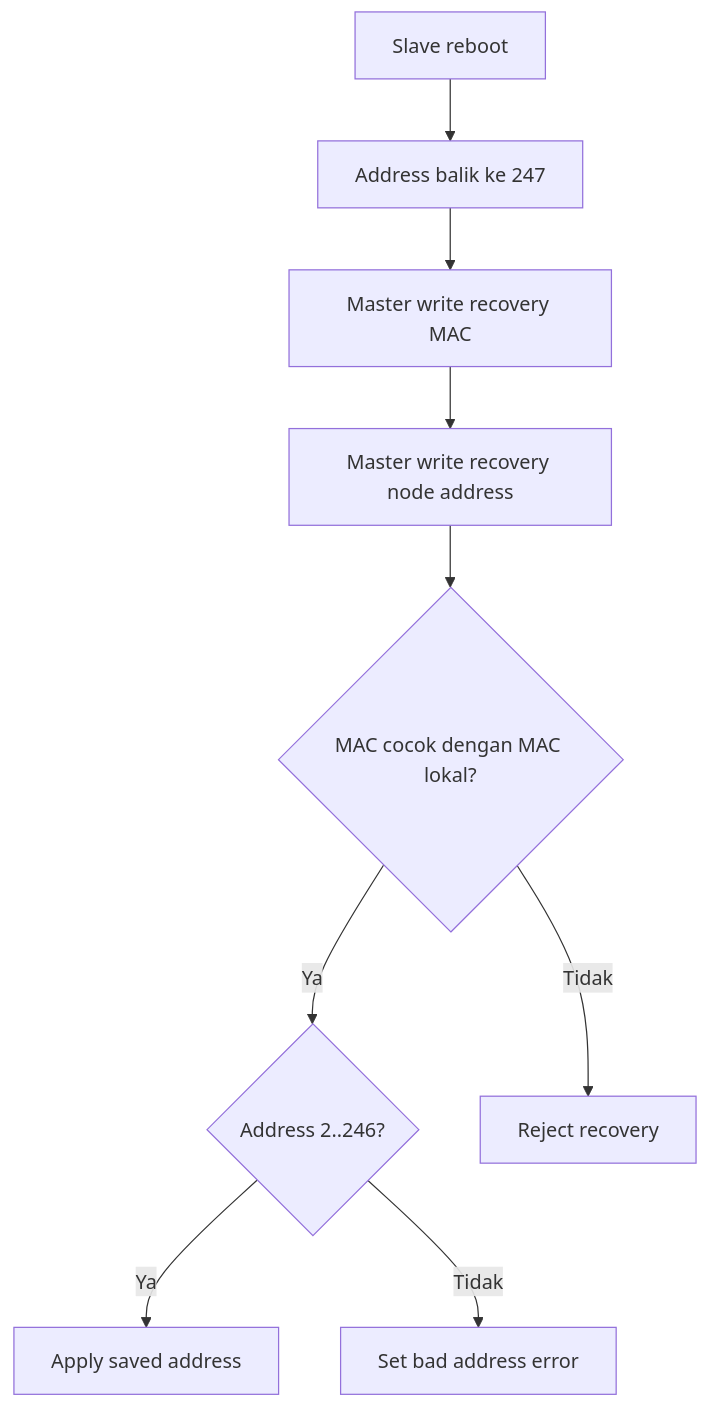
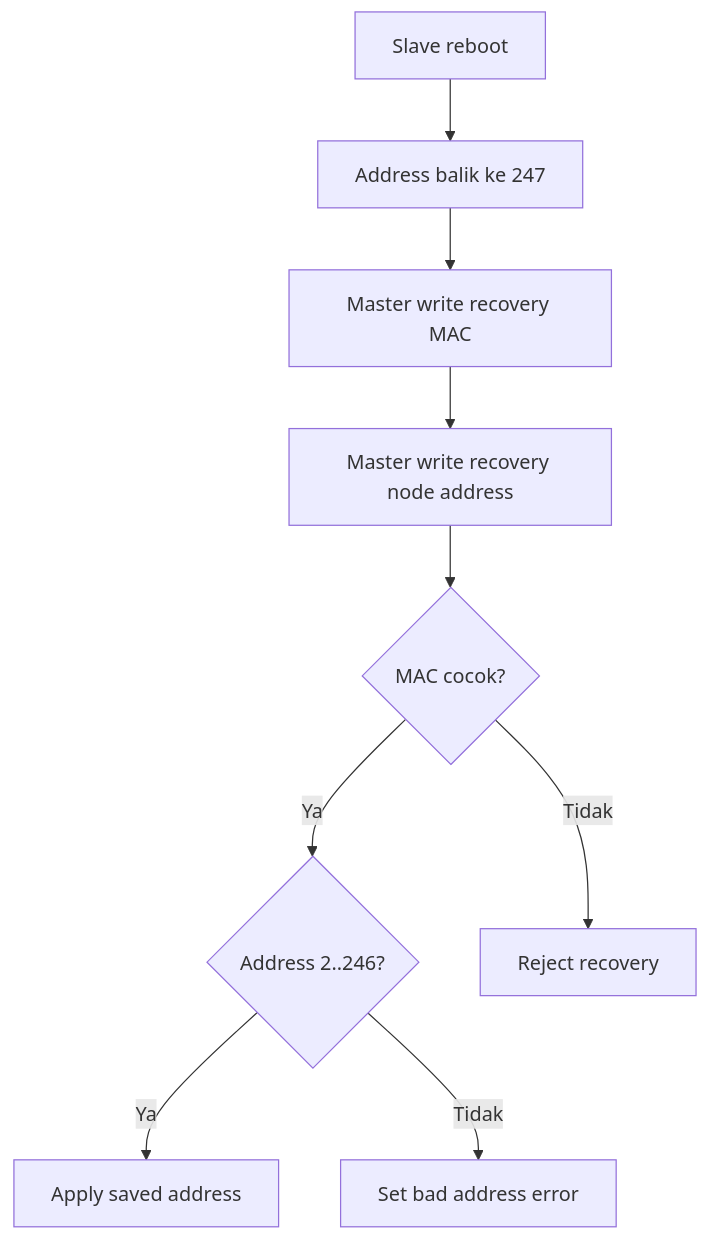
Before and after one commit to hazzma/hk-Slave-v1-smartbuilding: the fourth of 6 diagrams in hk-Slave-v1-smartbuilding-main/README.md, drawn with Mermaid. The commit also changed other lines of this file, not shown here.

Commit message:
docs: update README flowchart structures and decision paths

````diff
--- a/hk-Slave-v1-smartbuilding-main/README.md
+++ b/hk-Slave-v1-smartbuilding-main/README.md
@@ -153,11 +149,11 @@
 ```mermaid
 flowchart TD
     A[Slave reboot] --> B[Address balik ke 247]
     B --> C[Master write recovery MAC]
     C --> D[Master write recovery node address]
-    D --> E{MAC cocok dengan MAC lokal?}
-    E -- Ya --> F{Address 2..246?}
-    F -- Ya --> G[Apply saved address]
-    F -- Tidak --> H[Set bad address error]
-    E -- Tidak --> I[Reject recovery]
+    D --> E{"MAC cocok?"}
+    E -->|Ya| F{"Address 2..246?"}
+    E -->|Tidak| I[Reject recovery]
+    F -->|Ya| G[Apply saved address]
+    F -->|Tidak| H[Set bad address error]
 ```
````
